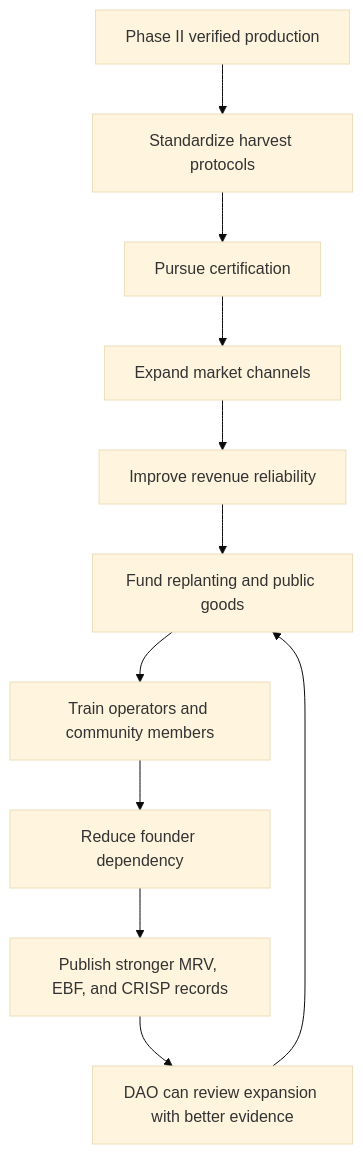
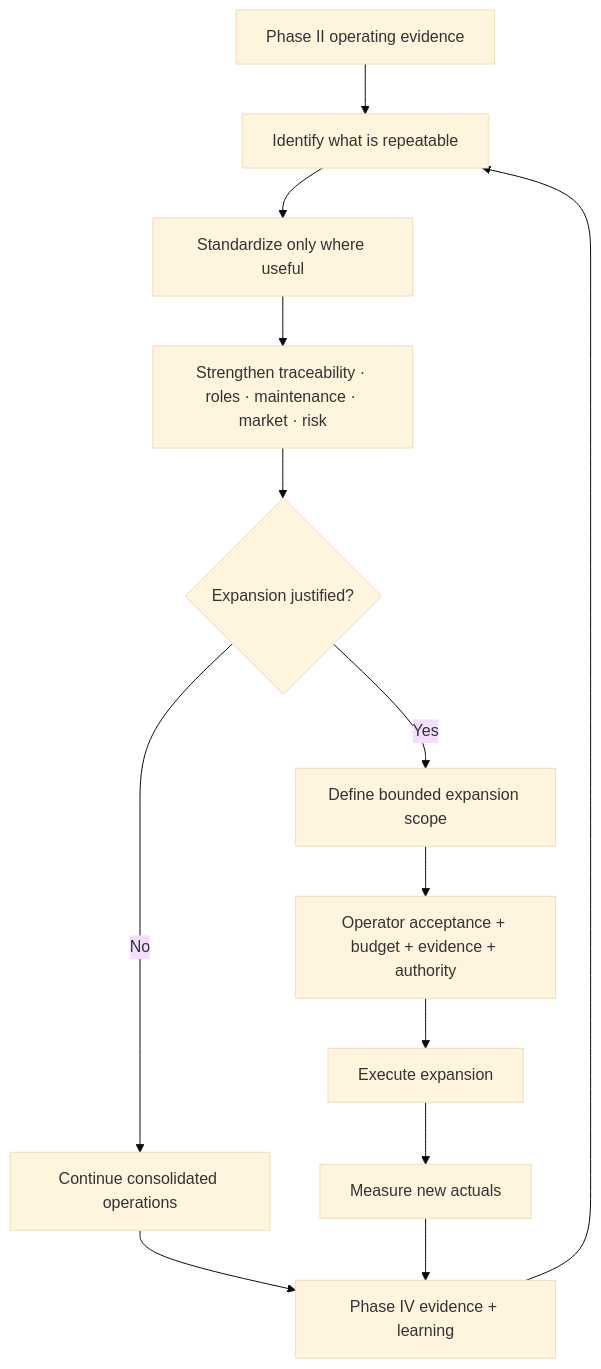
The first of 3 diagrams in kokonut-framework/development-phases/phase-iii.mdx (wasalo/Kokonut-Public-Site), drawn with Mermaid (base theme) before and after one commit. The commit also changed other lines of this file, not shown here.

Commit message:
docs(kokonut-framework): improve Phase III consolidation

````diff
--- a/kokonut-framework/development-phases/phase-iii.mdx
+++ b/kokonut-framework/development-phases/phase-iii.mdx
@@ -58,13 +76,17 @@
 ```mermaid
 flowchart TD
-    A["Phase II verified production"] --> B["Standardize harvest protocols"]
-    B --> C["Pursue certification"]
-    C --> D["Expand market channels"]
-    D --> E["Improve revenue reliability"]
-    E --> F["Fund replanting and public goods"]
-    F --> G["Train operators and community members"]
-    G --> H["Reduce founder dependency"]
-    H --> I["Publish stronger MRV, EBF, and CRISP records"]
-    I --> J["DAO can review expansion with better evidence"]
-    J --> F
+    A["Phase II operating evidence"] --> B["Identify what is repeatable"]
+    B --> C["Standardize only where useful"]
+    C --> D["Strengthen traceability · roles · maintenance · market · risk"]
+    D --> E{"Expansion justified?"}
+
+    E -->|No| F["Continue consolidated operations"]
+    F --> G["Phase IV evidence + learning"]
+    G --> B
+
+    E -->|Yes| H["Define bounded expansion scope"]
+    H --> I["Operator acceptance + budget + evidence + authority"]
+    I --> J["Execute expansion"]
+    J --> K["Measure new actuals"]
+    K --> G
 ```
````
